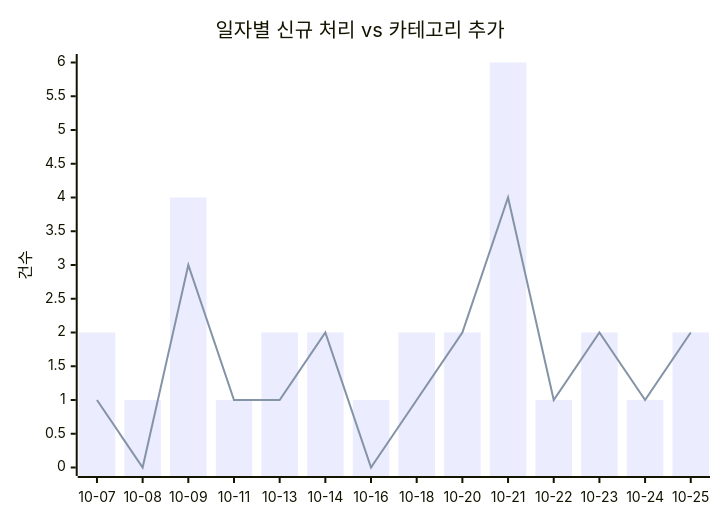
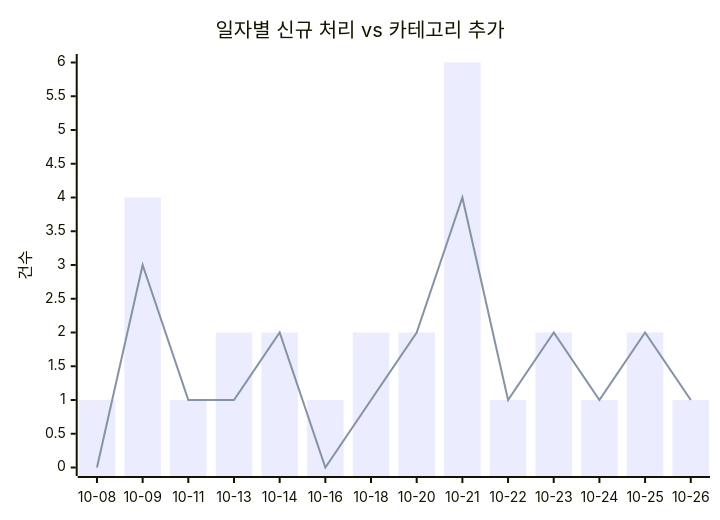
Before and after one commit to J-nowcow/awesome-korean-agent-skills: the first of 2 diagrams in docs/trends.md, drawn with Mermaid. The commit also changed other lines of this file and 28 other files, not shown here.

````diff
--- a/docs/trends.md
+++ b/docs/trends.md
@@ -32,8 +32,8 @@
 ```mermaid
 xychart-beta
     title "일자별 신규 처리 vs 카테고리 추가"
-    x-axis ["10-07","10-08","10-09","10-11","10-13","10-14","10-16","10-18","10-20","10-21","10-22","10-23","10-24","10-25"]
+    x-axis ["10-08","10-09","10-11","10-13","10-14","10-16","10-18","10-20","10-21","10-22","10-23","10-24","10-25","10-26"]
     y-axis "건수"
-    bar [2,1,4,1,2,2,1,2,2,6,1,2,1,2]
-    line [1,0,3,1,1,2,0,1,2,4,1,2,1,2]
+    bar [1,4,1,2,2,1,2,2,6,1,2,1,2,1]
+    line [0,3,1,1,2,0,1,2,4,1,2,1,2,1]
 ```
````
